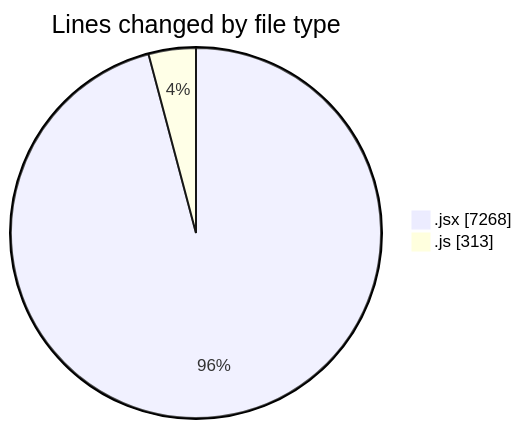
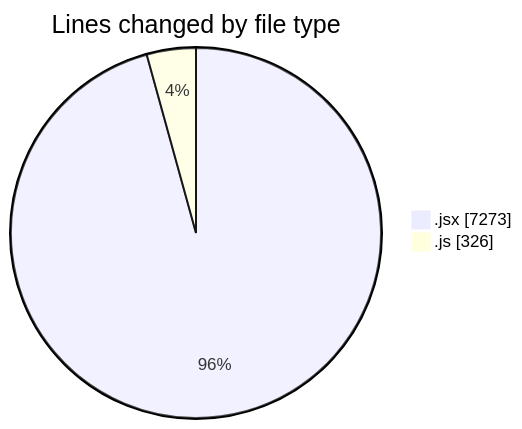
The first of 2 diagrams in 2025-07-09/argos/README.md (nxtqubesakshisongat/code-tracking), drawn with Mermaid before and after one commit. The commit also changed other lines of this file and 1 other file, not shown here.

````diff
--- a/2025-07-09/argos/README.md
+++ b/2025-07-09/argos/README.md
@@ -28,6 +28,6 @@
 ```mermaid
 pie showData
 title Lines changed by file type
-".jsx" : 7268
-".js" : 313
+".jsx" : 7273
+".js" : 326
 ```
````
